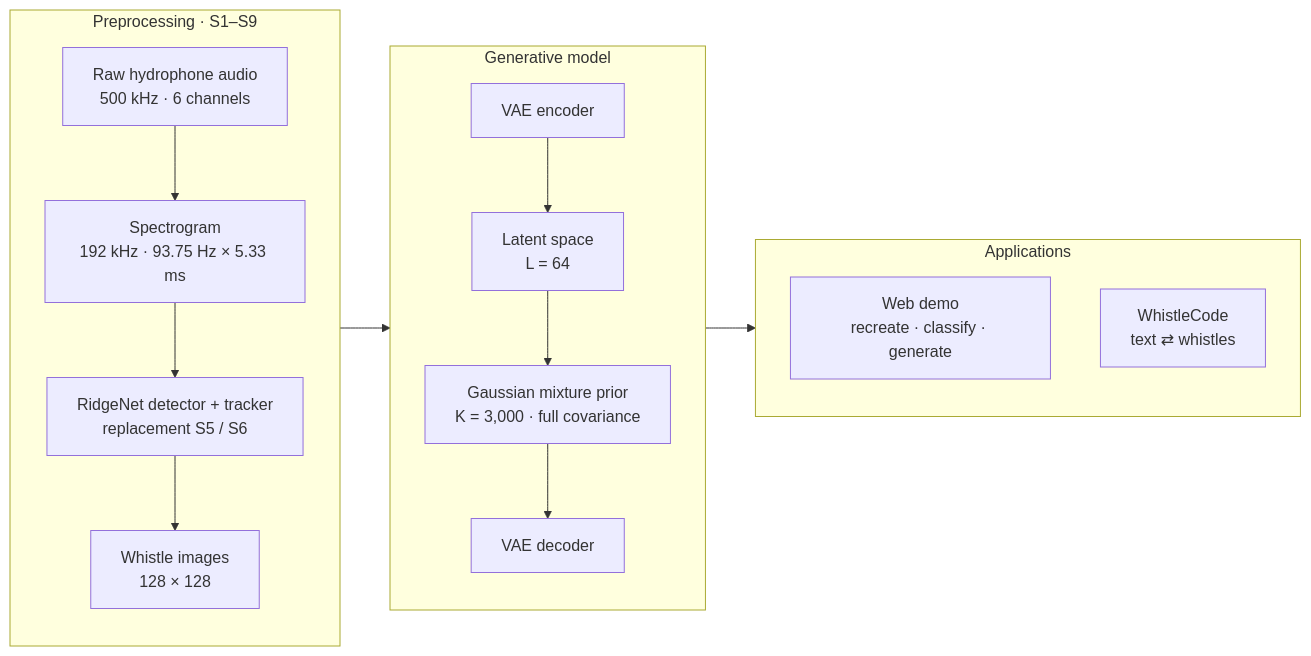
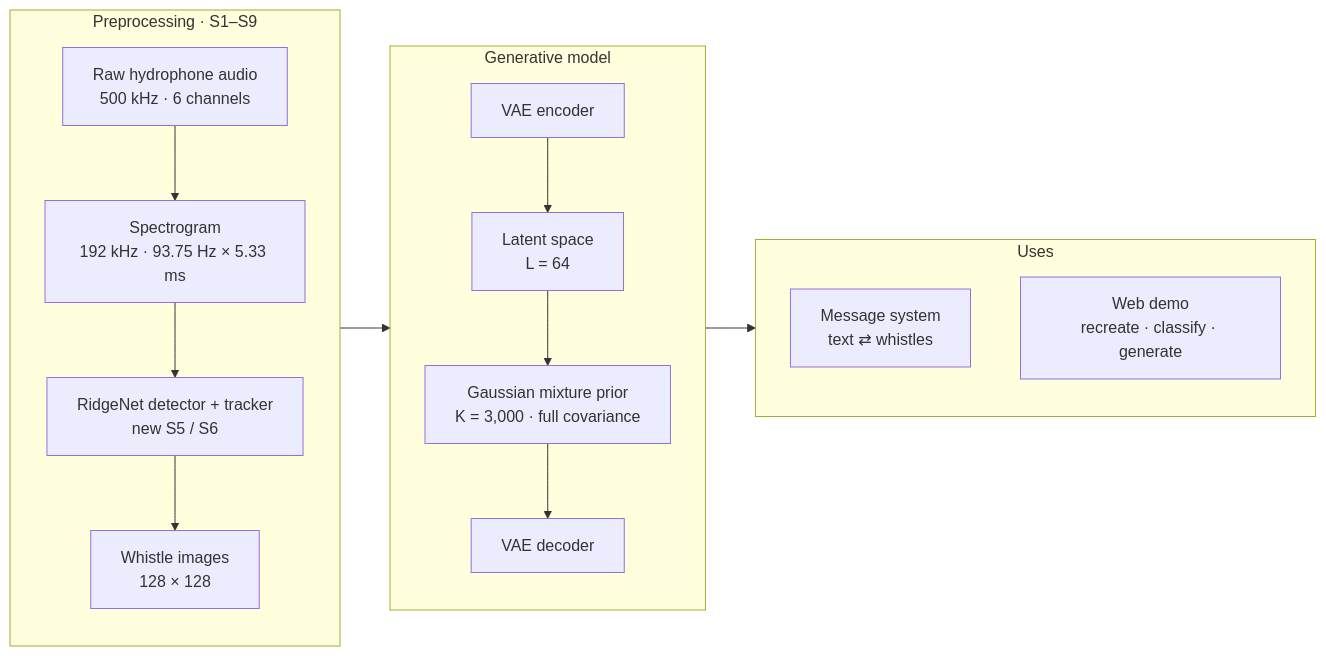
One commit to Brindanjali/cetacean_whistle_reproduction changed the second of 2 diagrams in README.md. Above: the diagram before and after it, drawn with Mermaid. The commit also changed other lines of this file and 19 other files, not shown here.

Commit message:
Docs: present the project as Falsetto, a whistle messaging system, not a reproduction (D-024)

````diff
--- a/README.md
+++ b/README.md
@@ -55,21 +125,21 @@
 ```mermaid
 flowchart LR
     subgraph PRE["Preprocessing · S1–S9"]
         direction TB
         A["Raw hydrophone audio<br/>500 kHz · 6 channels"] --> B["Spectrogram<br/>192 kHz · 93.75 Hz × 5.33 ms"]
-        B --> C["RidgeNet detector + tracker<br/>replacement S5 / S6"]
+        B --> C["RidgeNet detector + tracker<br/>new S5 / S6"]
         C --> D["Whistle images<br/>128 × 128"]
     end
     subgraph MOD["Generative model"]
         direction TB
         E["VAE encoder"] --> F["Latent space<br/>L = 64"]
         F --> G["Gaussian mixture prior<br/>K = 3,000 · full covariance"]
         G --> H["VAE decoder"]
     end
-    subgraph APP["Applications"]
+    subgraph APP["Uses"]
         direction TB
+        J["Message system<br/>text ⇄ whistles"]
         I["Web demo<br/>recreate · classify · generate"]
-        J["WhistleCode<br/>text ⇄ whistles"]
     end
     PRE --> MOD --> APP
 ```
````
